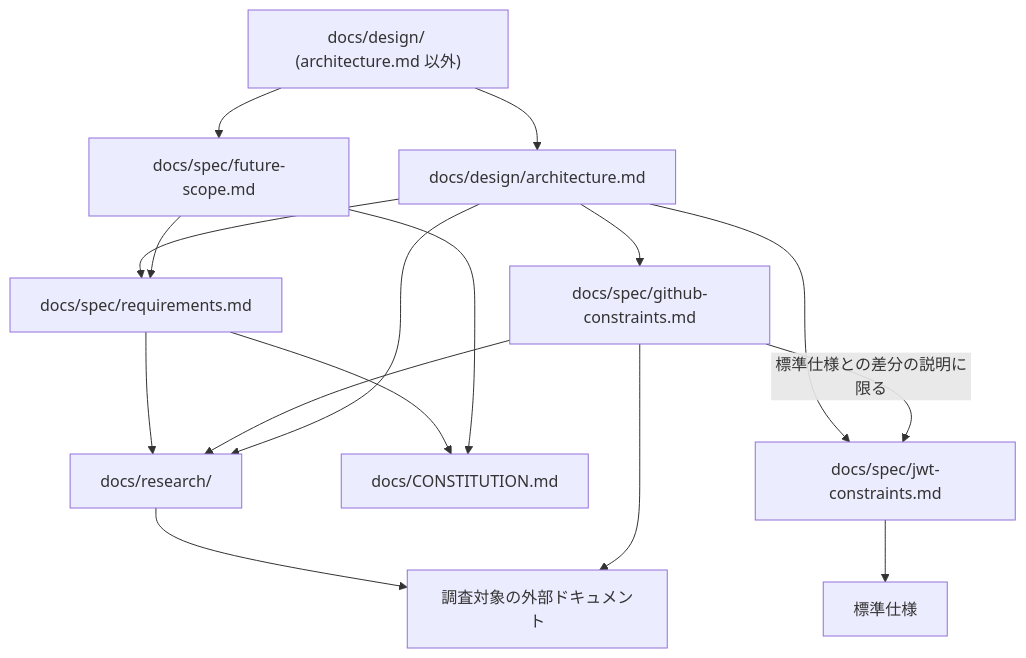
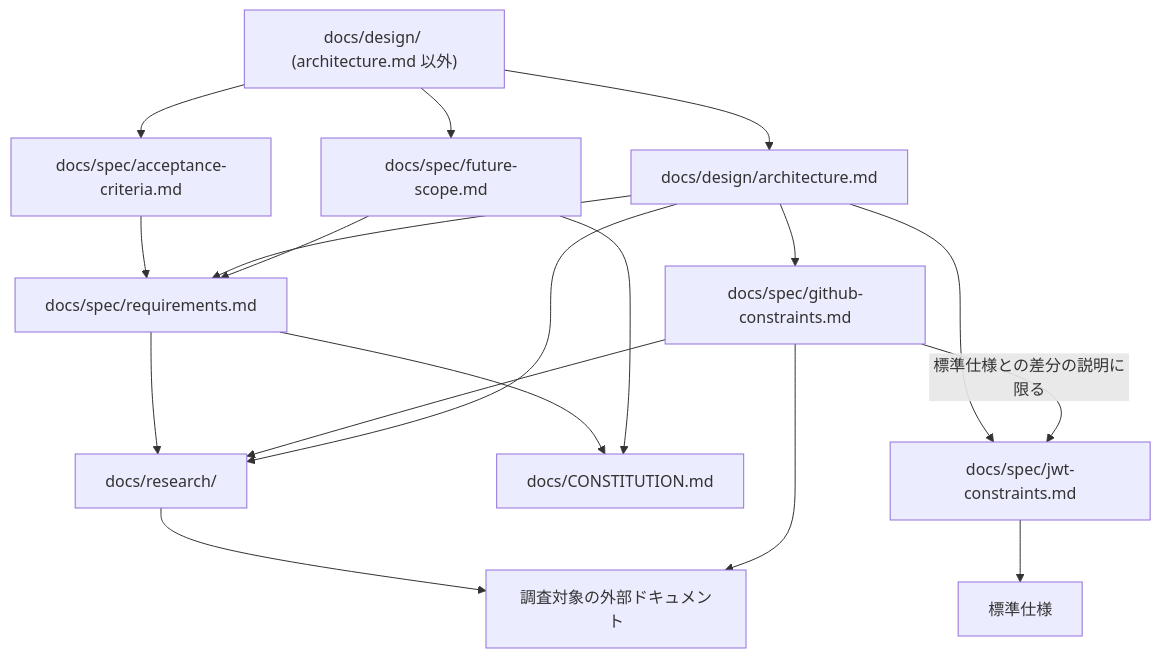
The first of 2 diagrams in docs/contributing/docs-policy.md (tmknom/gates), drawn with Mermaid before and after one commit. The commit also changed other lines of this file and 12 other files, not shown here.

First line of the commit message:
docs: extract acceptance criteria into acceptance-criteria.md

````diff
--- a/docs/contributing/docs-policy.md
+++ b/docs/contributing/docs-policy.md
@@ -25,18 +25,20 @@
 ```mermaid
 flowchart TD
     design["docs/design/ (architecture.md 以外)"] --> architecture["docs/design/architecture.md"]
     design --> future["docs/spec/future-scope.md"]
+    design --> acceptance["docs/spec/acceptance-criteria.md"]
+    acceptance --> requirements
     architecture --> requirements["docs/spec/requirements.md"]
     architecture --> github["docs/spec/github-constraints.md"]
     architecture --> jwt["docs/spec/jwt-constraints.md"]
     future --> requirements
     requirements --> constitution["docs/CONSTITUTION.md"]
     future --> constitution
     requirements --> research["docs/research/"]
     github --> research
     github -->|標準仕様との差分の説明に限る| jwt
     architecture --> research
     jwt --> standards["標準仕様"]
     research --> external["調査対象の外部ドキュメント"]
     github --> external
 ```
````
